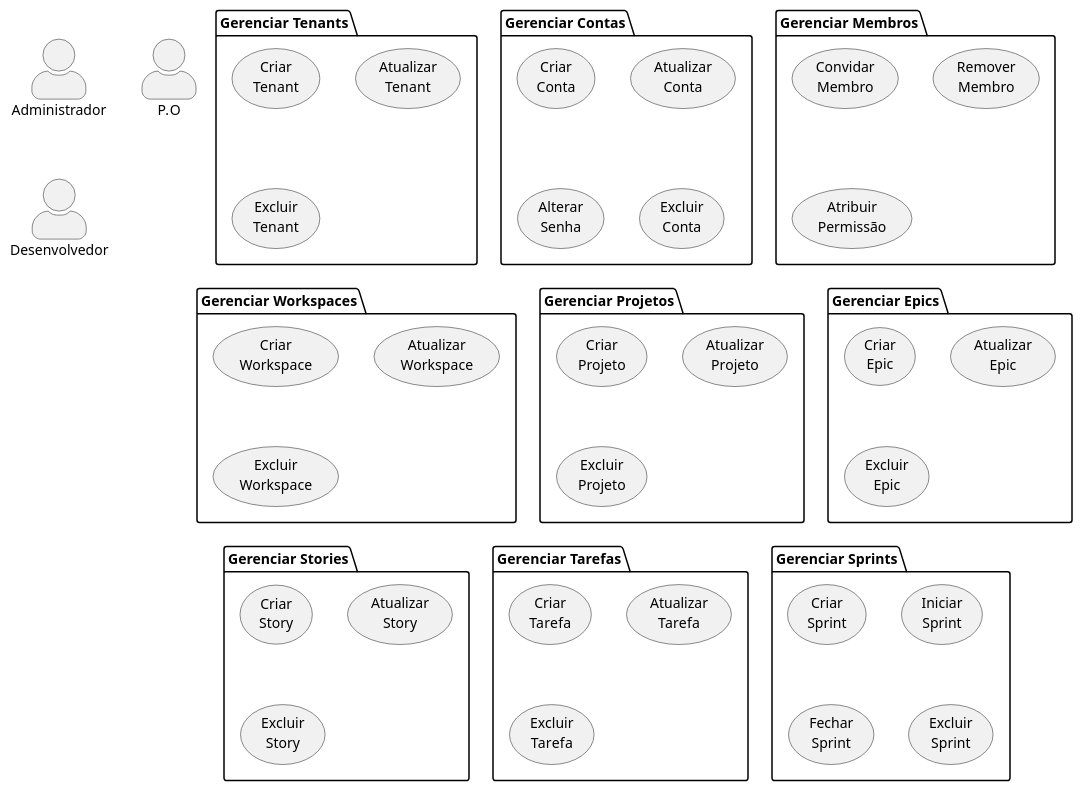
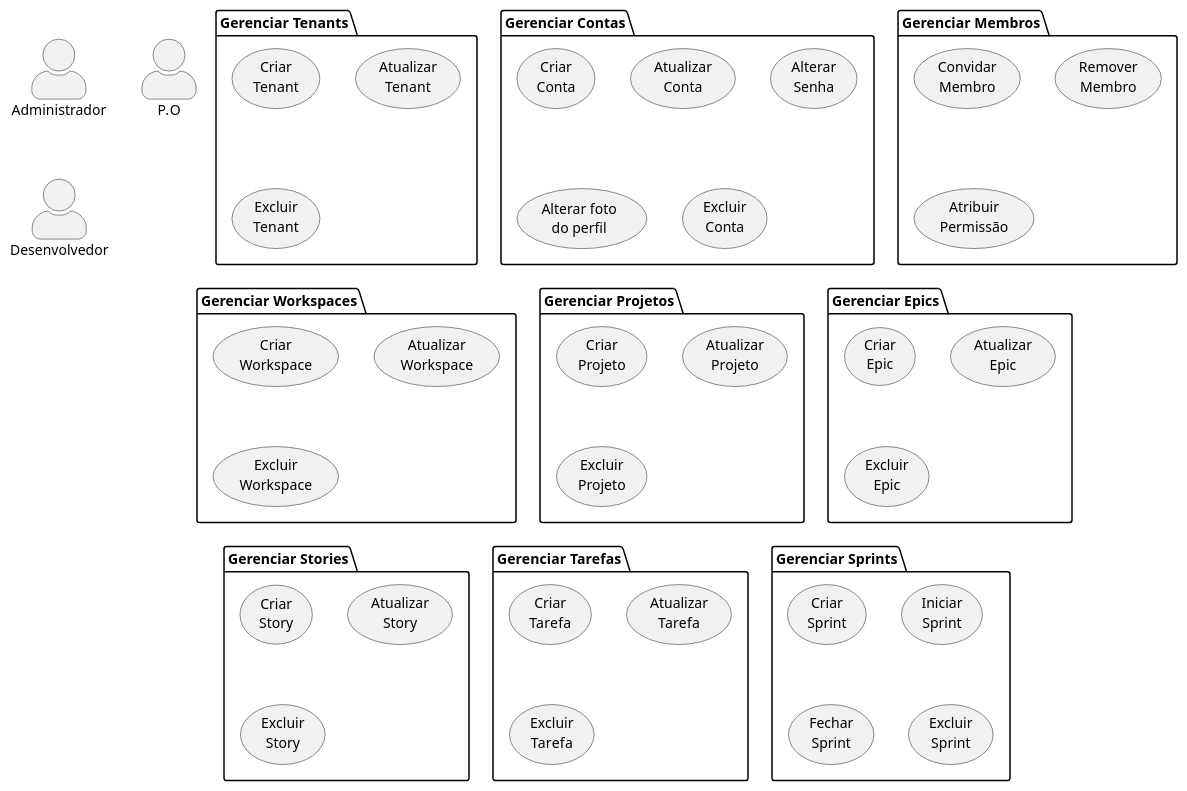
One commit to jairokoning/sprint_manager_uml changed the diagram in use_case.plantuml. Above: the diagram before and after it, drawn with PlantUML.

Commit message:
feat: add use case update profile image

```diff
--- a/use_case.plantuml
+++ b/use_case.plantuml
@@ -1,69 +1,70 @@
 @startuml ""
 ' http://www.plantuml.com/plantuml/uml/SoWkIImgAStDuUBISCiiAYvHA2rEJKuiJjNaqd3Coo_9I2s2YoWa5YjeX3eRQN91HHH2dOtXR0sVnEAIc3nanQ7E9bnS3gbvAI3p0G00
 skinparam TextAlign center
 skinparam actorStyle awesome
 
 actor Administrador as adm
 actor P.O as po
 actor Desenvolvedor as dev
 
 package "Gerenciar Tenants" {
   usecase "Criar\nTenant" as createTenant
   usecase "Atualizar\nTenant" as updateTenant
   usecase "Excluir\nTenant" as deleteTenant
 }
 
 package "Gerenciar Contas" {
   usecase "Criar\nConta" as createAccount
   usecase "Atualizar\nConta" as updateAccount
   usecase "Alterar\nSenha" as updatePassword
+  usecase "Alterar foto\ndo perfil" as updateProfileImage
   usecase "Excluir\nConta" as deleteAccount
 }
 
 package "Gerenciar Membros" {
   usecase "Convidar\nMembro" as inviteMember
   usecase "Remover\nMembro" as removeMember
   usecase "Atribuir\nPermissão" as setPermission
 }
 
 package "Gerenciar Workspaces" {
   usecase "Criar\nWorkspace" as createWorkspace
   usecase "Atualizar\nWorkspace" as updateWorkspace
   usecase "Excluir\nWorkspace" as deleteWorkspace
 }
 
 package "Gerenciar Projetos" {
   usecase "Criar\nProjeto" as createProject
   usecase "Atualizar\nProjeto" as updateProject
   usecase "Excluir\nProjeto" as deleteProject
 }
 
 package "Gerenciar Epics" {
   usecase "Criar\nEpic" as createEpic
   usecase "Atualizar\nEpic" as updateEpic
   usecase "Excluir\nEpic" as deleteEpic
 }
 
 package "Gerenciar Stories" {
   usecase "Criar\nStory" as createStory
   usecase "Atualizar\nStory" as updateStory
   usecase "Excluir\nStory" as deleteStory
 }
 
 package "Gerenciar Tarefas" {
   usecase "Criar\nTarefa" as createTask
   usecase "Atualizar\nTarefa" as updateTask
   usecase "Excluir\nTarefa" as deleteTask
 }
 
 package "Gerenciar Sprints" {
   usecase "Criar\nSprint" as createSprint
   usecase "Iniciar\nSprint" as openSprint
   usecase "Fechar\nSprint" as closeSprint
   usecase "Excluir\nSprint" as deleteSprint
 }
 
 'Quando concluir todas tarefas de um recurso, deve automaticamente concluir o Recurso, e quando concluir todos os recursos de Epic, deve concluir o Epi
 'Criar um grafico de gantt baseado nas tarefas
 
 @enduml
```
